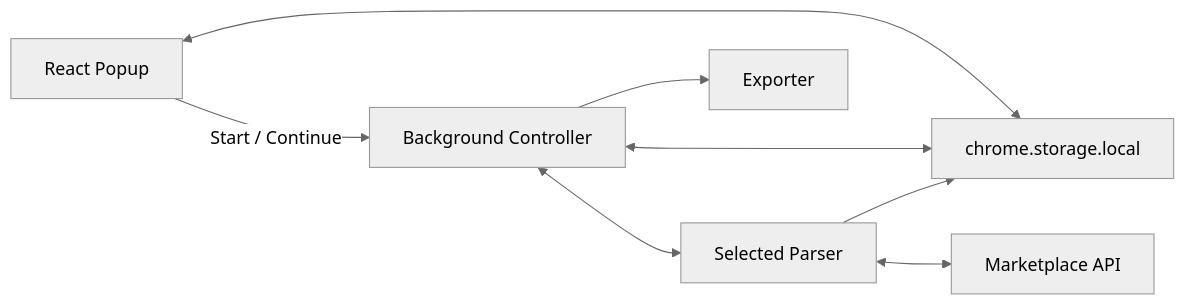
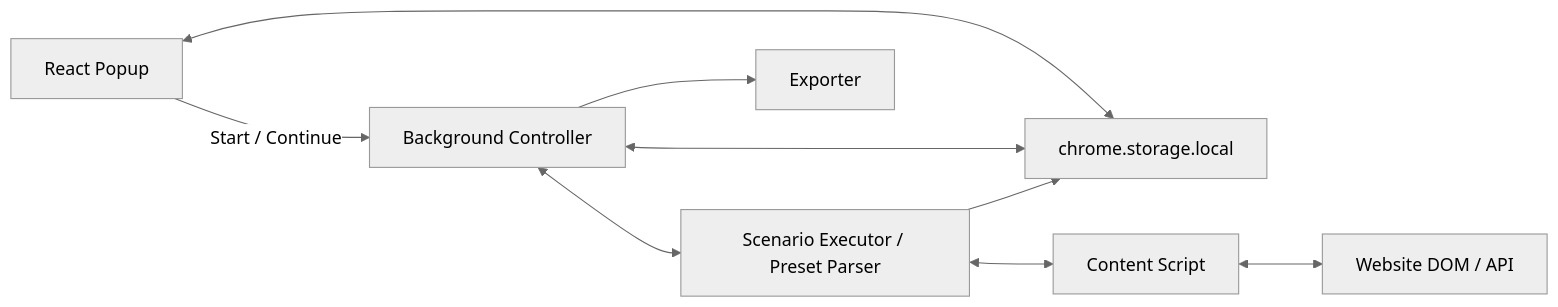
One commit to SamuelGambino/extention-react changed the first of 2 diagrams in README.md. Above: the diagram before and after it, drawn with Mermaid (neutral theme). The commit also changed other lines of this file, not shown here.

Commit message:
docs: position productparser as universal scenario parser

````diff
--- a/README.md
+++ b/README.md
@@ -120,29 +174,20 @@
 ```mermaid
 flowchart LR
 
 Popup["React Popup"]
-
 Storage["chrome.storage.local"]
-
 Background["Background Controller"]
-
-Parser["Selected Parser"]
-
+Executor["Scenario Executor / Preset Parser"]
+Content["Content Script"]
 Exporter["Exporter"]
-
-Website["Marketplace API"]
+Website["Website DOM / API"]
 
 Popup <--> Storage
-
 Popup -->|"Start / Continue"| Background
-
 Background <--> Storage
-
-Background <--> Parser
-
-Parser <--> Website
-
-Parser --> Storage
-
+Background <--> Executor
+Executor <--> Content
+Content <--> Website
+Executor --> Storage
 Background --> Exporter
 ```
````
